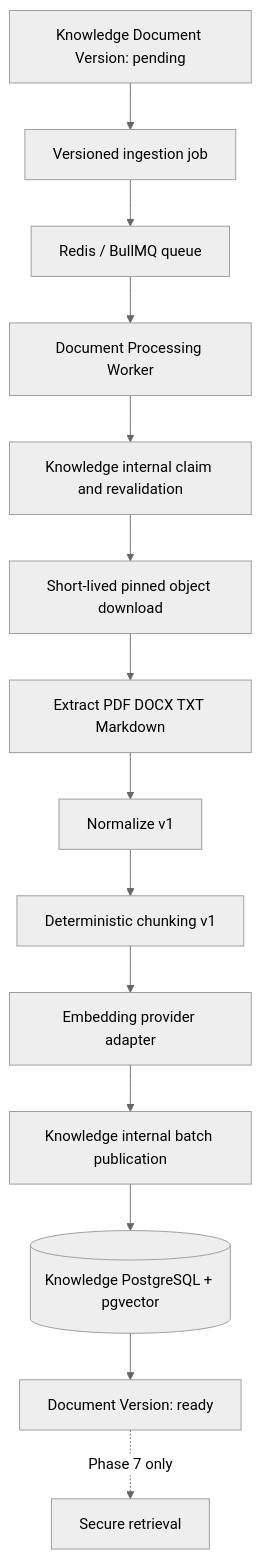
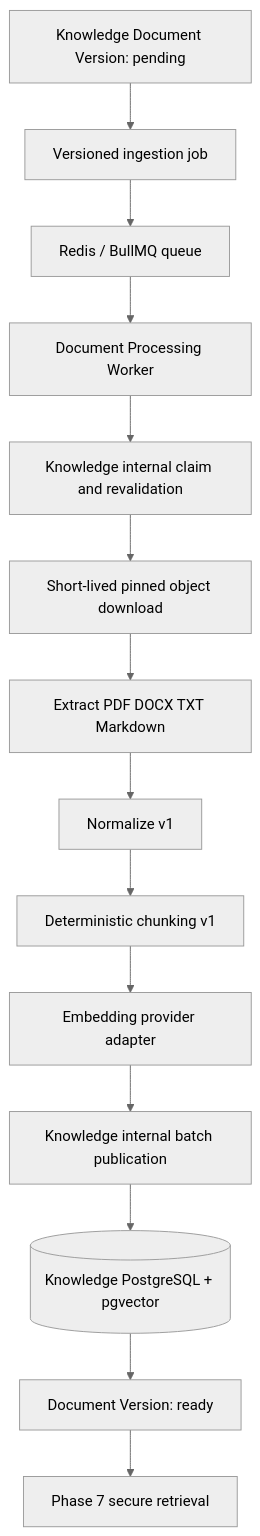
The diagram in docs/architecture/diagrams/20-document-processing.mmd (AndrixNg1/amani.ia), drawn with Mermaid (neutral theme) before and after one commit. The commit also changed 7 other files, not shown here.

Commit message:
docs(architecture): define authorization-aware knowledge retrieval

```diff
--- a/docs/architecture/diagrams/20-document-processing.mmd
+++ b/docs/architecture/diagrams/20-document-processing.mmd
@@ -1,14 +1,14 @@
 flowchart TD
   Version[Knowledge Document Version: pending] --> Intent[Versioned ingestion job]
   Intent --> Queue[Redis / BullMQ queue]
   Queue --> Worker[Document Processing Worker]
   Worker --> Claim[Knowledge internal claim and revalidation]
   Claim --> Download[Short-lived pinned object download]
   Download --> Extract[Extract PDF DOCX TXT Markdown]
   Extract --> Normalize[Normalize v1]
   Normalize --> Chunk[Deterministic chunking v1]
   Chunk --> Embed[Embedding provider adapter]
   Embed --> Publish[Knowledge internal batch publication]
   Publish --> Store[(Knowledge PostgreSQL + pgvector)]
   Store --> Ready[Document Version: ready]
-  Ready -. "Phase 7 only" .-> Retrieval[Secure retrieval]
+  Ready --> Retrieval[Phase 7 secure retrieval]
```
